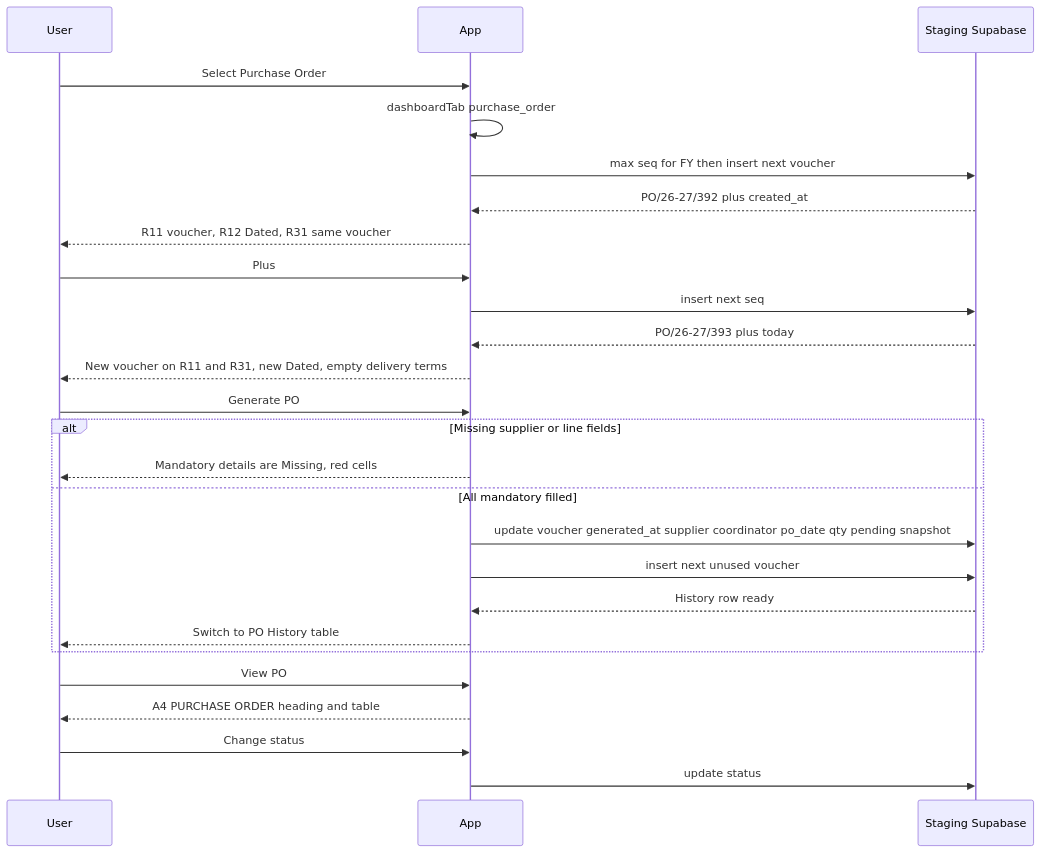
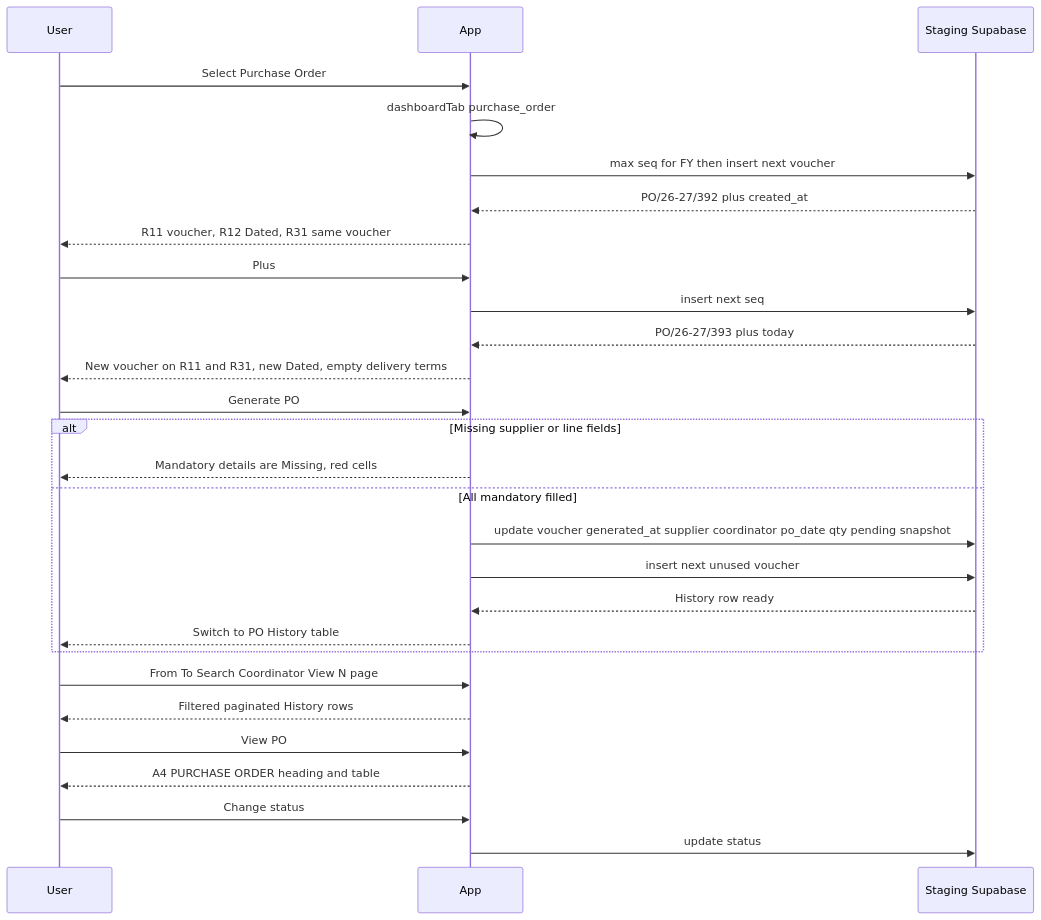
Before and after one commit to Mayur8291/Printing-Tracker: the tenth of 10 diagrams in docs/FLOWCHARTS.md, drawn with Mermaid. The commit also changed other lines of this file and 9 other files, not shown here.

Commit message:
Add PO History date, search, coordinator, and page-size filters.

````diff
--- a/docs/FLOWCHARTS.md
+++ b/docs/FLOWCHARTS.md
@@ -204,28 +206,30 @@
 ```mermaid
 sequenceDiagram
   participant User
   participant App
   participant SB as Staging Supabase
   User->>App: Select Purchase Order
   App->>App: dashboardTab purchase_order
   App->>SB: max seq for FY then insert next voucher
   SB-->>App: PO/26-27/392 plus created_at
   App-->>User: R11 voucher, R12 Dated, R31 same voucher
   User->>App: Plus
   App->>SB: insert next seq
   SB-->>App: PO/26-27/393 plus today
   App-->>User: New voucher on R11 and R31, new Dated, empty delivery terms
   User->>App: Generate PO
   alt Missing supplier or line fields
     App-->>User: Mandatory details are Missing, red cells
   else All mandatory filled
     App->>SB: update voucher generated_at supplier coordinator po_date qty pending snapshot
     App->>SB: insert next unused voucher
     SB-->>App: History row ready
     App-->>User: Switch to PO History table
   end
+  User->>App: From To Search Coordinator View N page
+  App-->>User: Filtered paginated History rows
   User->>App: View PO
   App-->>User: A4 PURCHASE ORDER heading and table
   User->>App: Change status
   App->>SB: update status
 ```
````
